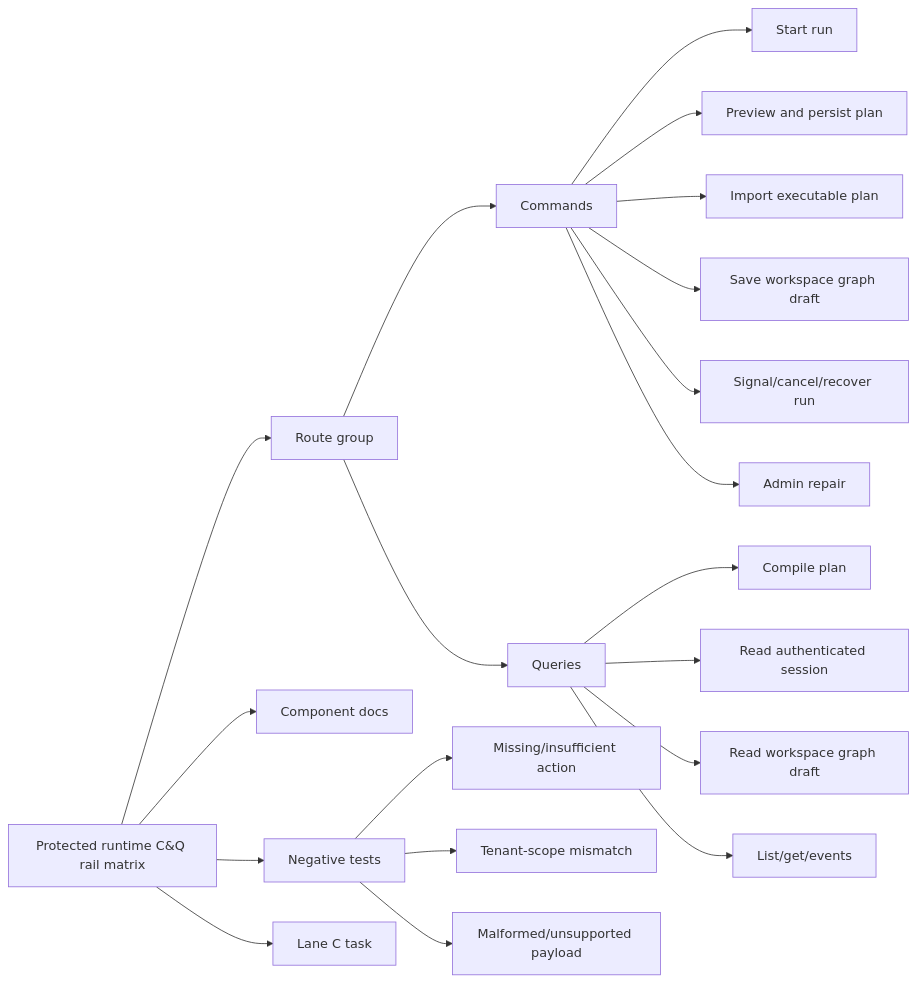
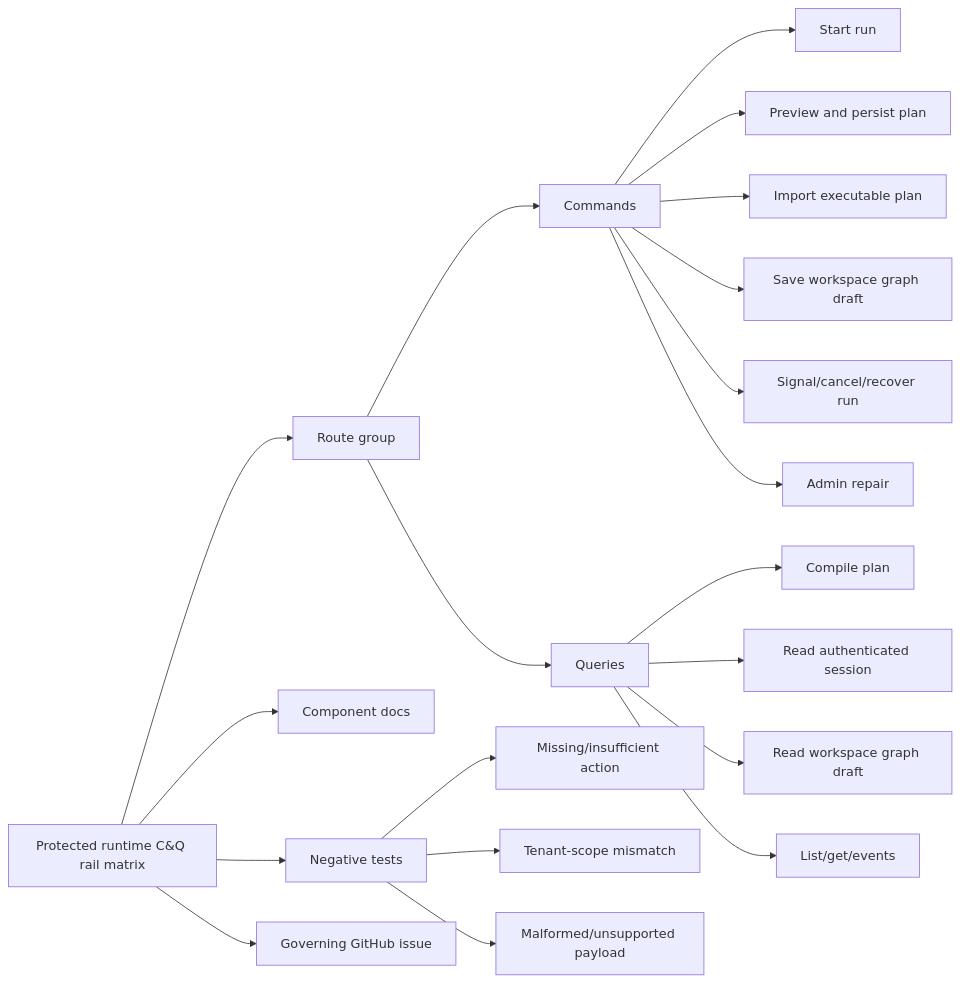
One commit to dunay2/dvt changed the second of 2 diagrams in docs/planning/proposals/mandatory/runtime-and-contracts/protected-runtime-rail-closure-plan-20260503.md. Above: the diagram before and after it, drawn with Mermaid. The commit also changed other lines of this file and 505 other files, not shown here.

````diff
--- a/docs/planning/proposals/mandatory/runtime-and-contracts/protected-runtime-rail-closure-plan-20260503.md
+++ b/docs/planning/proposals/mandatory/runtime-and-contracts/protected-runtime-rail-closure-plan-20260503.md
@@ -129,26 +128,26 @@
 ```mermaid
 flowchart LR
   Matrix["Protected runtime C&Q rail matrix"] --> RouteGroup["Route group"]
   Matrix --> Docs["Component docs"]
   Matrix --> Tests["Negative tests"]
-  Matrix --> Workboard["Lane C task"]
+  Matrix --> Issue["Governing GitHub issue"]
 
   RouteGroup --> Commands["Commands"]
   RouteGroup --> Queries["Queries"]
 
   Commands --> RunStart["Start run"]
   Commands --> PlanPreview["Preview and persist plan"]
   Commands --> PlanImport["Import executable plan"]
   Commands --> DraftSave["Save workspace graph draft"]
   Commands --> RunSignal["Signal/cancel/recover run"]
   Commands --> AdminRepair["Admin repair"]
 
   Queries --> PlanCompile["Compile plan"]
   Queries --> SessionRead["Read authenticated session"]
   Queries --> DraftRead["Read workspace graph draft"]
   Queries --> RunRead["List/get/events"]
 
   Tests --> Auth["Missing/insufficient action"]
   Tests --> Tenant["Tenant-scope mismatch"]
   Tests --> Payload["Malformed/unsupported payload"]
 ```
````
